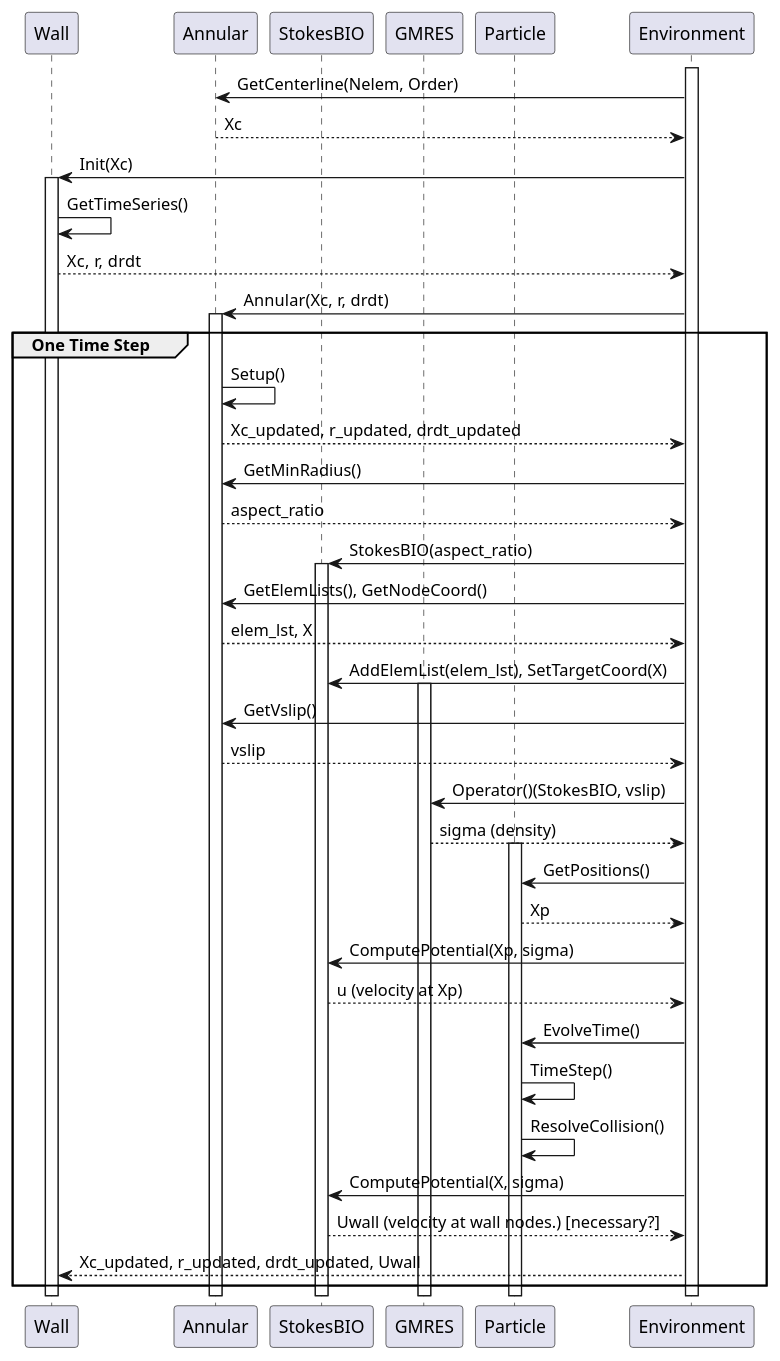
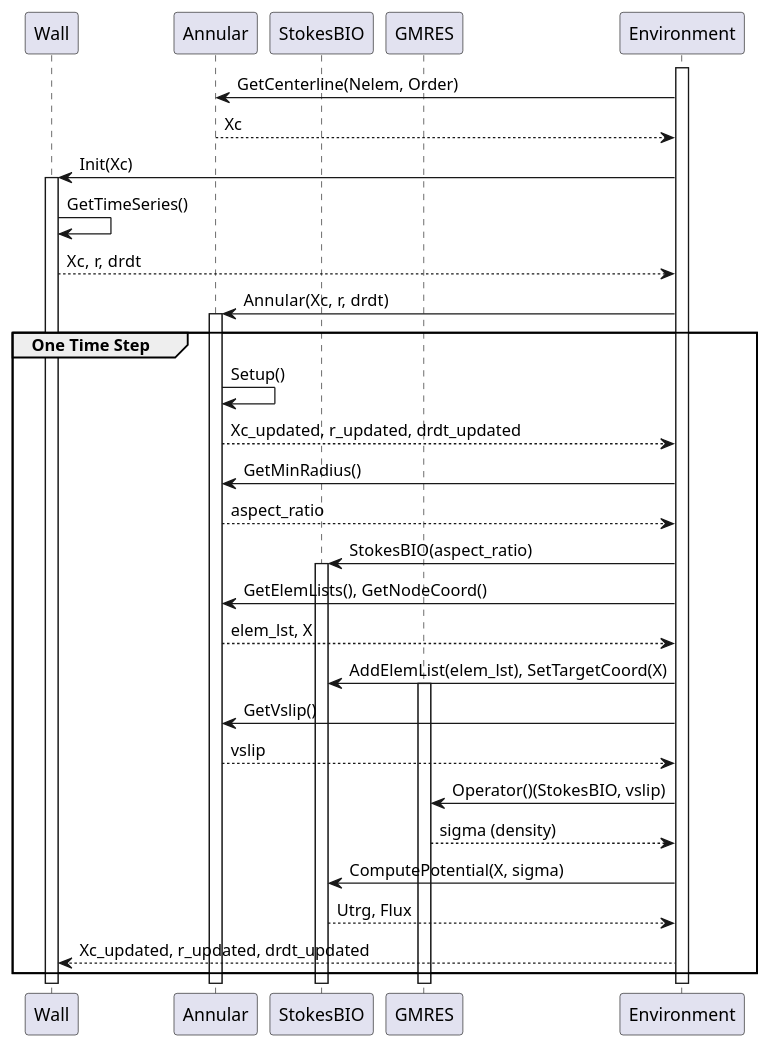
The diagram in sequence_uml.puml (TianyueLi75/glymphbie), drawn with PlantUML before and after one commit. The commit also changed 8 other files, not shown here.

```diff
--- a/sequence_uml.puml
+++ b/sequence_uml.puml
@@ -1,63 +1,63 @@
 @startuml sequence_diagram
 
 participant Wall
 participant Annular
 participant StokesBIO
 participant GMRES
-participant Particle
+' participant Particle
 
 participant Environment
 activate Environment
 
 Environment -> Annular : GetCenterline(Nelem, Order)
 Annular --> Environment : Xc
 
 Environment -> Wall : Init(Xc)
 activate Wall
 
 Wall -> Wall : GetTimeSeries()
 
 Wall --> Environment : Xc, r, drdt
 
 Environment -> Annular : Annular(Xc, r, drdt)
 activate Annular
 
 group One Time Step 
 
     Annular -> Annular : Setup()
 
     Annular --> Environment : Xc_updated, r_updated, drdt_updated
 
     Environment -> Annular : GetMinRadius()
     Annular --> Environment : aspect_ratio
     Environment -> StokesBIO : StokesBIO(aspect_ratio)
     activate StokesBIO
 
     Environment -> Annular : GetElemLists(), GetNodeCoord()
     Annular --> Environment : elem_lst, X
     Environment -> StokesBIO : AddElemList(elem_lst), SetTargetCoord(X)
 
     activate GMRES
 
     Environment -> Annular : GetVslip()
     Annular --> Environment : vslip
     Environment -> GMRES : Operator()(StokesBIO, vslip)
     GMRES --> Environment : sigma (density)
 
-    activate Particle
-    Environment -> Particle : GetPositions()
-    Particle --> Environment : Xp
-    Environment -> StokesBIO : ComputePotential(Xp, sigma)
-    StokesBIO --> Environment : u (velocity at Xp)
-    Environment -> Particle : EvolveTime()
-    Particle -> Particle : TimeStep()
-    Particle -> Particle : ResolveCollision()
+    ' activate Particle
+    ' Environment -> Particle : GetPositions()
+    ' Particle --> Environment : Xp
+    ' Environment -> StokesBIO : ComputePotential(Xp, sigma)
+    ' StokesBIO --> Environment : u (velocity at Xp)
+    ' Environment -> Particle : EvolveTime()
+    ' Particle -> Particle : TimeStep()
+    ' Particle -> Particle : ResolveCollision()
 
     Environment -> StokesBIO : ComputePotential(X, sigma)
-    StokesBIO --> Environment : Uwall (velocity at wall nodes.) [necessary?]
+    StokesBIO --> Environment : Utrg, Flux
 
-    Environment --> Wall : Xc_updated, r_updated, drdt_updated, Uwall
+    Environment --> Wall : Xc_updated, r_updated, drdt_updated
 
 end
 
 @enduml
```
